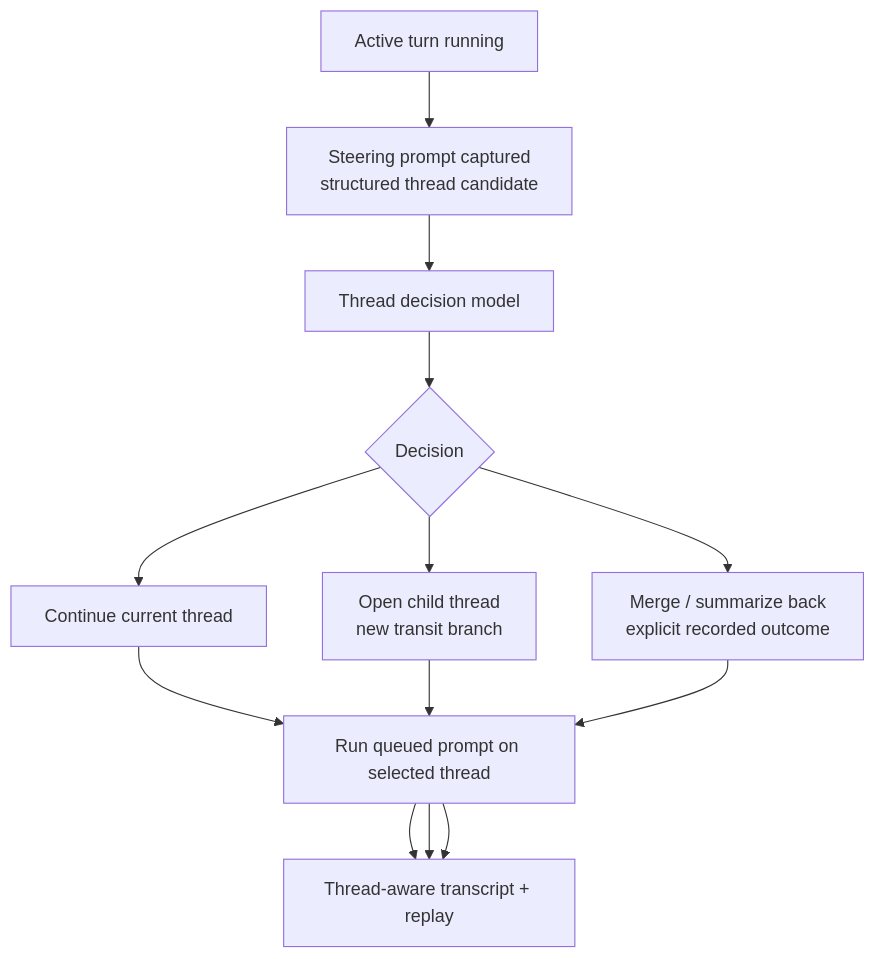
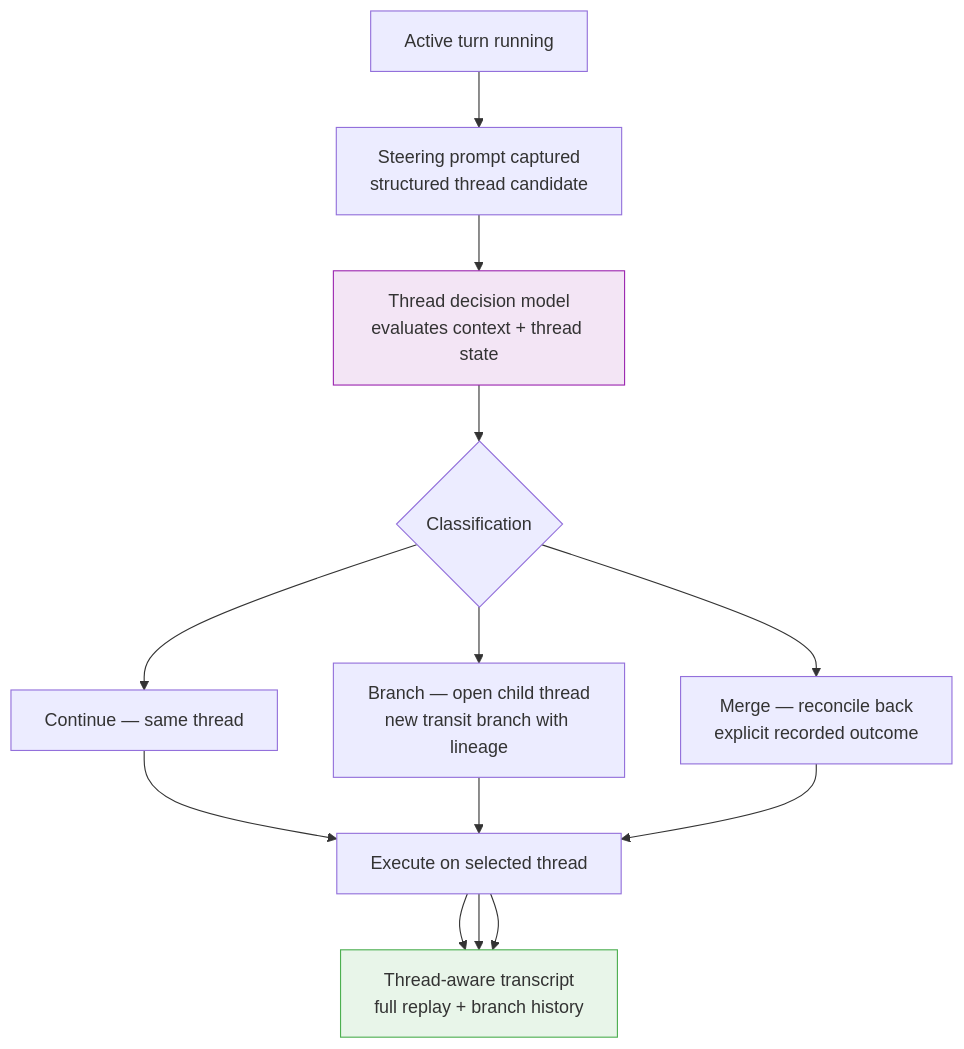
Before and after one commit to spoke-sh/paddles: the fifth of 5 diagrams in README.md, drawn with Mermaid. The commit also changed other lines of this file and 6 other files, not shown here.

First line of the commit message:
docs: rewrite foundational documents for clarity and narrative flow

````diff
--- a/README.md
+++ b/README.md
@@ -128,17 +139,20 @@
 ```mermaid
 flowchart TD
     U["Active turn running"]
     Q["Steering prompt captured<br/>structured thread candidate"]
-    M["Thread decision model"]
-    D{"Decision"}
-    C["Continue current thread"]
-    B["Open child thread<br/>new transit branch"]
-    G["Merge / summarize back<br/>explicit recorded outcome"]
-    X["Run queued prompt on selected thread"]
-    R["Thread-aware transcript + replay"]
+    M["Thread decision model<br/>evaluates context + thread state"]
+    D{"Classification"}
+    C["Continue — same thread"]
+    B["Branch — open child thread<br/>new transit branch with lineage"]
+    G["Merge — reconcile back<br/>explicit recorded outcome"]
+    X["Execute on selected thread"]
+    R["Thread-aware transcript<br/>full replay + branch history"]
 
     U --> Q --> M --> D
     D --> C --> X --> R
     D --> B --> X --> R
     D --> G --> X --> R
+
+    style M fill:#f3e5f5,stroke:#9C27B0
+    style R fill:#e8f5e9,stroke:#4CAF50
 ```
````
